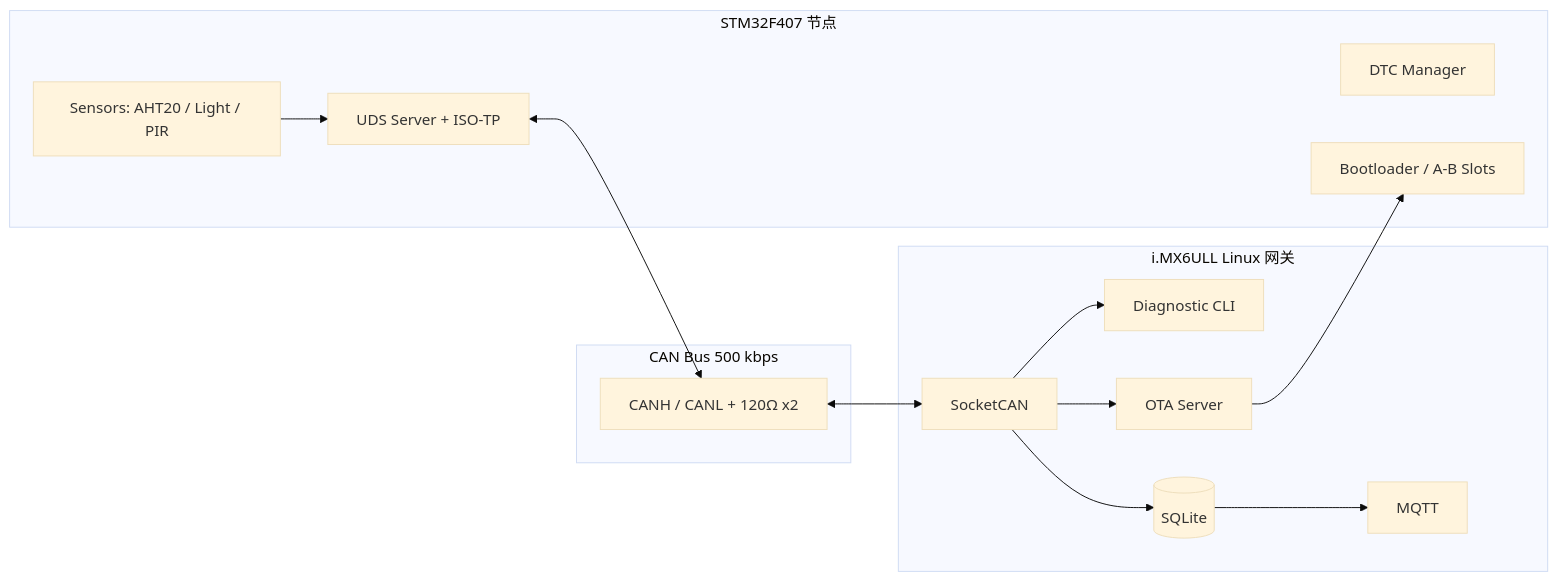
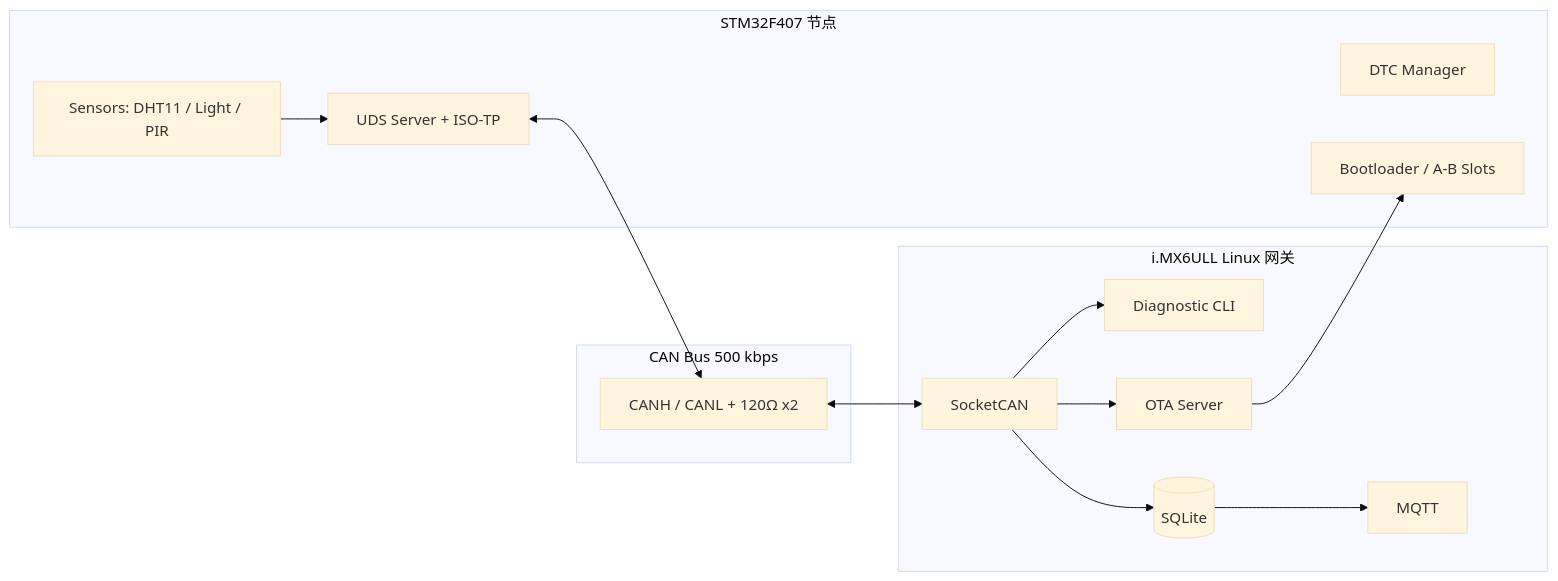
The diagram in README.md (longlin05/stm32-imx6ull-can-diag-ota), drawn with Mermaid (base theme) before and after one commit. The commit also changed other lines of this file and 7 other files, not shown here.

````diff
--- a/README.md
+++ b/README.md
@@ -35,30 +35,30 @@
 ```mermaid
 flowchart LR
     subgraph NODE["STM32F407 节点"]
-        S["Sensors: AHT20 / Light / PIR"]
+        S["Sensors: DHT11 / Light / PIR"]
         U["UDS Server + ISO-TP"]
         D["DTC Manager"]
         B["Bootloader / A-B Slots"]
     end
 
     subgraph BUS["CAN Bus 500 kbps"]
         C["CANH / CANL + 120Ω x2"]
     end
 
     subgraph GW["i.MX6ULL Linux 网关"]
         SK["SocketCAN"]
         CLI["Diagnostic CLI"]
         OTA["OTA Server"]
         DB[("SQLite")]
         MQ["MQTT"]
     end
 
     S --> U
     U <--> C
     C <--> SK
     SK --> CLI
     SK --> OTA
     SK --> DB
     DB --> MQ
     OTA --> B
 ```
````
